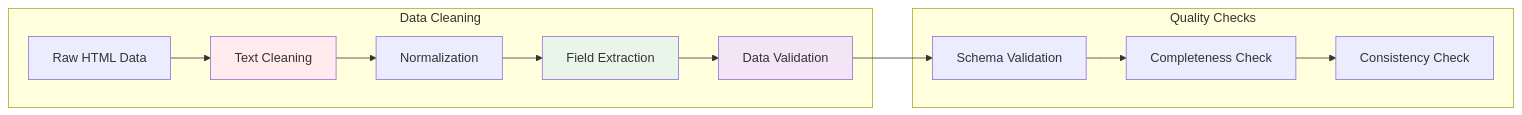
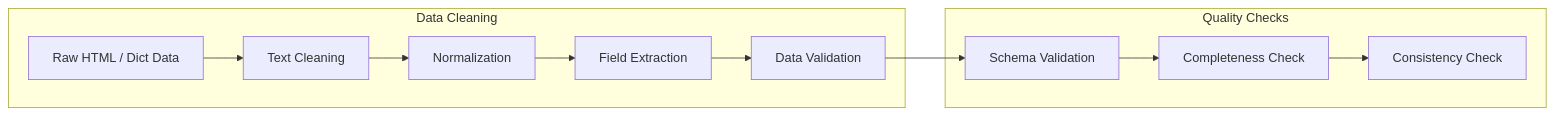
The third of 13 diagrams in doc/architecture.md (hey2308/Groww-RAG-chatbot), drawn with Mermaid before and after one commit. The commit also changed other lines of this file, not shown here.

Commit message:
Update architecture.md: reflect current tech stack (Groq, pure Python vector store, Next.js, Render)

````diff
--- a/doc/architecture.md
+++ b/doc/architecture.md
@@ -138,28 +126,24 @@
 ```mermaid
 flowchart LR
     subgraph "Data Cleaning"
-        Raw[Raw HTML Data]
+        Raw[Raw HTML / Dict Data]
         Clean[Text Cleaning]
         Normalize[Normalization]
         Extract[Field Extraction]
         Validate[Data Validation]
     end
     
     subgraph "Quality Checks"
         Schema[Schema Validation]
         Completeness[Completeness Check]
         Consistency[Consistency Check]
     end
     
     Raw --> Clean
     Clean --> Normalize
     Normalize --> Extract
     Extract --> Validate
     Validate --> Schema
     Schema --> Completeness
     Completeness --> Consistency
-    
-    style Clean fill:#ffebee
-    style Extract fill:#e8f5e8
-    style Validate fill:#f3e5f5
 ```
````
